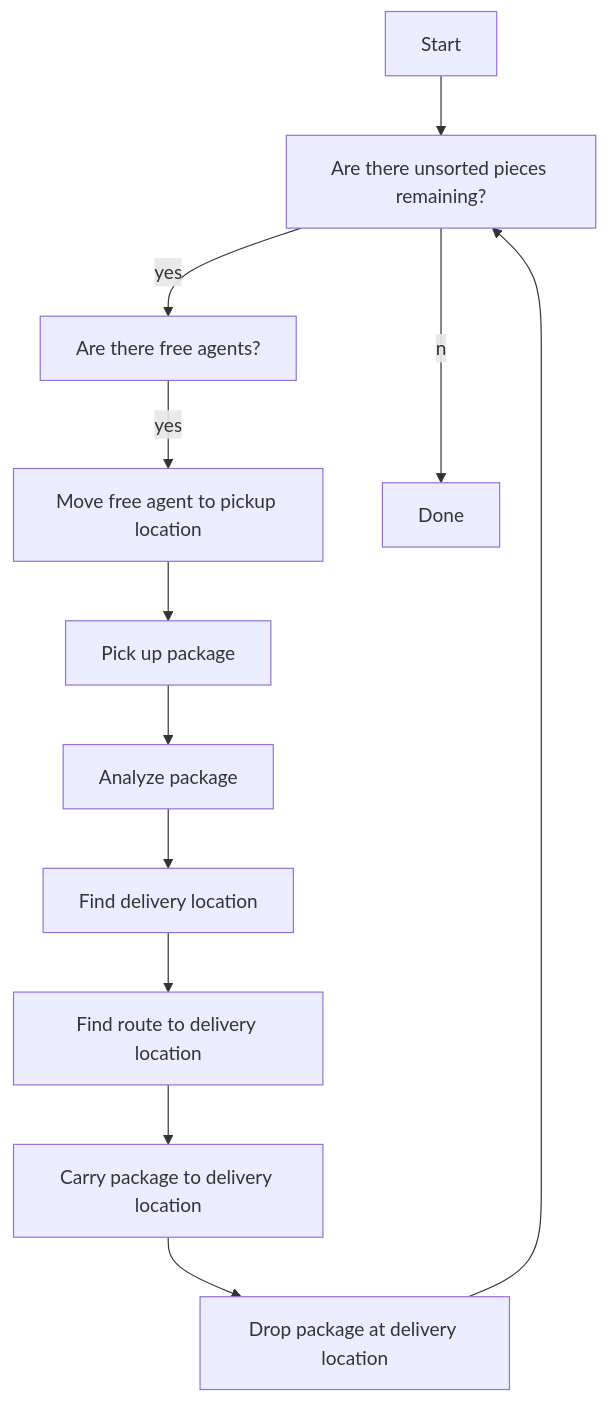
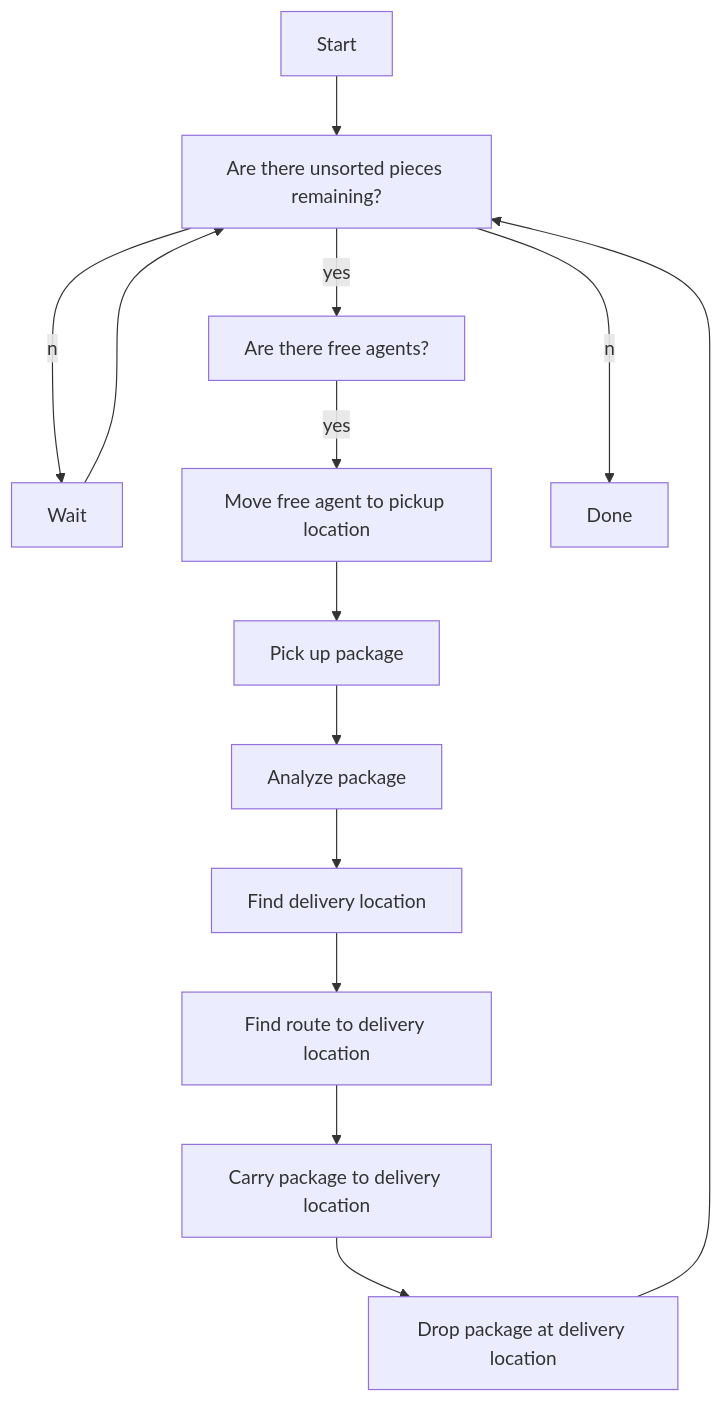
Before and after one commit to samsmithnz/PuzzleSorter: the first of 3 diagrams in README.md, drawn with Mermaid.

````diff
--- a/README.md
+++ b/README.md
@@ -1,14 +1,15 @@
 ```mermaid
 flowchart TD
     id0[Start] --> id1[Are there unsorted pieces remaining?]
     id1 --yes--> id2[Are there free agents?]
+    id1 --no--> idWait[Wait] --> id1
     id2 --yes--> id3[Move free agent to pickup location]
     id3 --> id4[Pick up package]
     id4 --> id5[Analyze package]
     id5 --> id6[Find delivery location]
     id6 --> id7[Find route to delivery location]
     id7 --> id8[Carry package to delivery location]
     id8 --> id9[Drop package at delivery location]
     id9 --> id1
     id1 --no--> idEnd[Done]
 ```
````
